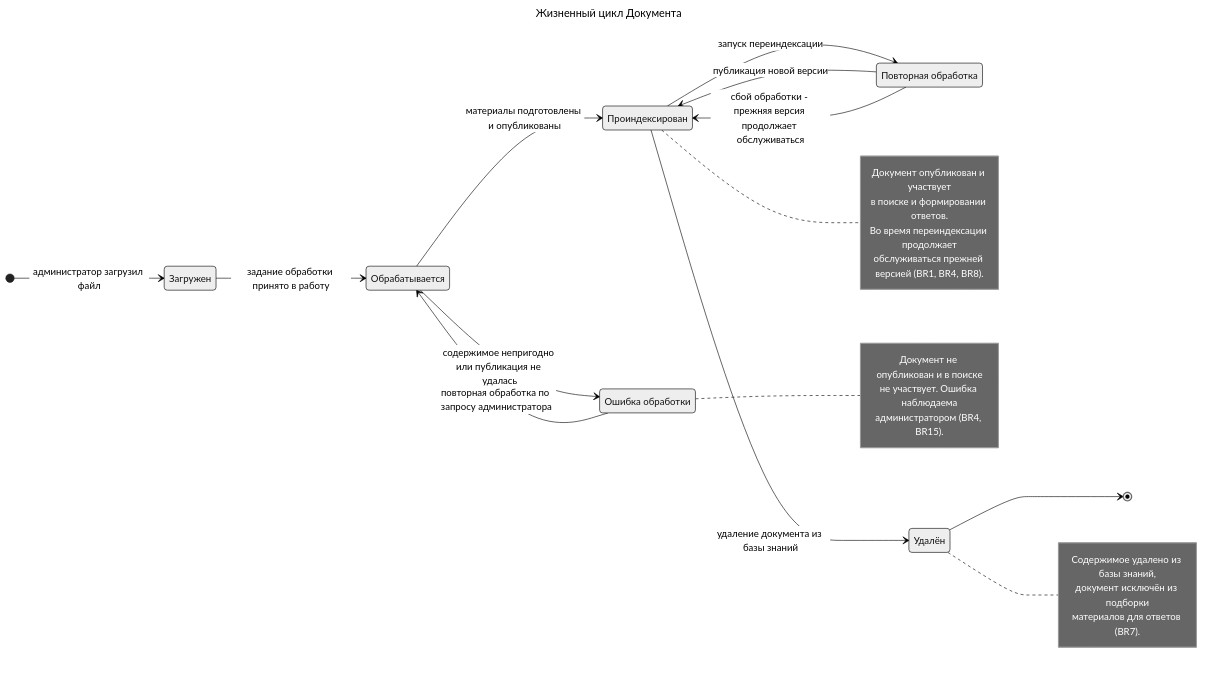
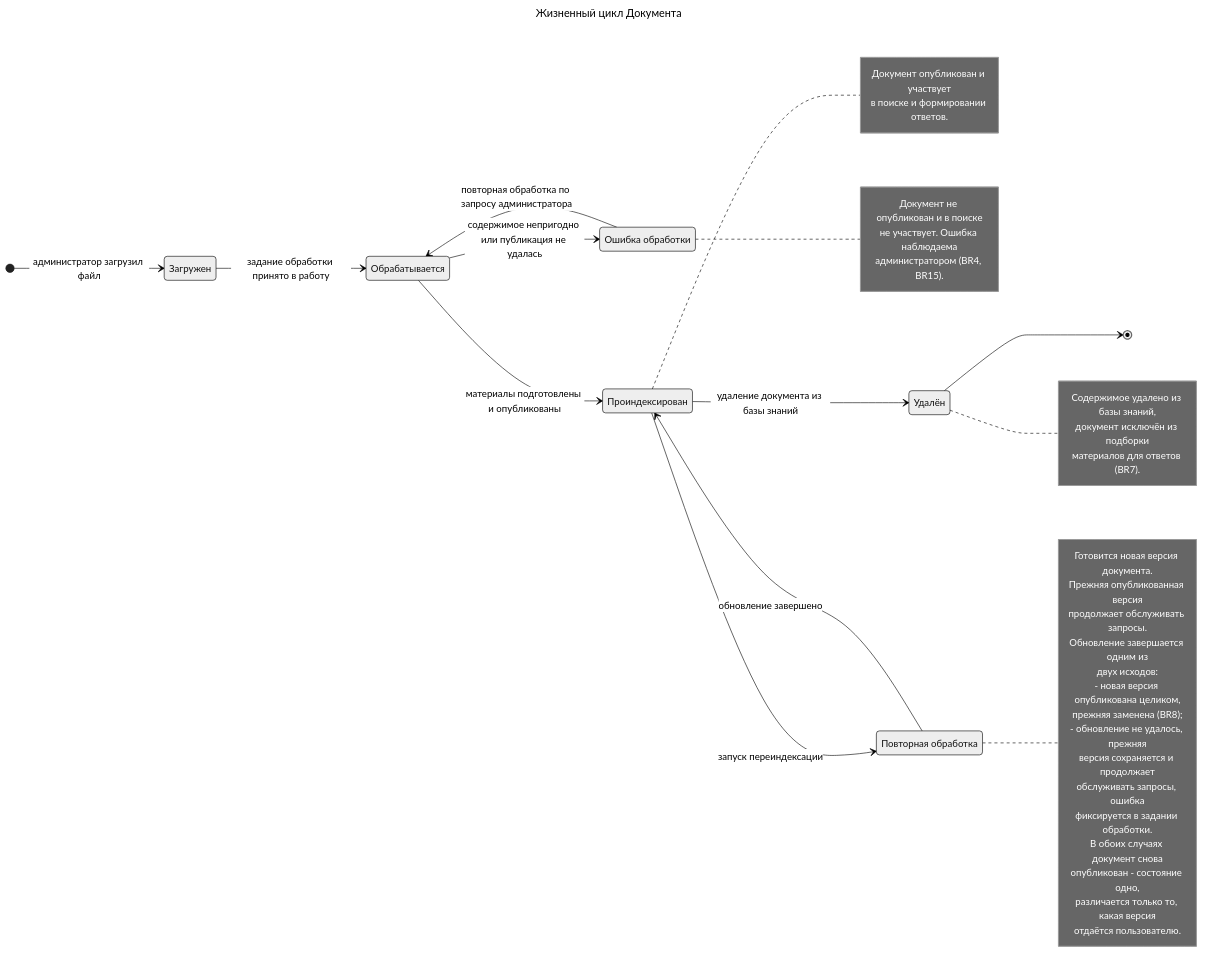
One commit to adsfryt/AI-chat-knowledge-bot changed the diagram in 2-task/7/diagrams/document-state.mmd. Above: the diagram before and after it, drawn with Mermaid (neutral theme). The commit also changed 4 other files, not shown here.

```diff
--- a/2-task/7/diagrams/document-state.mmd
+++ b/2-task/7/diagrams/document-state.mmd
@@ -1,45 +1,60 @@
 ---
 title: Жизненный цикл Документа
 ---
 stateDiagram-v2
     direction LR
 
     state "Загружен" as Uploaded
     state "Обрабатывается" as Processing
     state "Проиндексирован" as Indexed
     state "Ошибка обработки" as Failed
     state "Повторная обработка" as Reprocessing
     state "Удалён" as Deleted
 
     [*] --> Uploaded : администратор загрузил файл
     Uploaded --> Processing : задание обработки принято в работу
 
     Processing --> Indexed : материалы подготовлены и опубликованы
     Processing --> Failed : содержимое непригодно или публикация не удалась
 
     Failed --> Processing : повторная обработка по запросу администратора
     Indexed --> Reprocessing : запуск переиндексации
-    Reprocessing --> Indexed : публикация новой версии
-    Reprocessing --> Indexed : сбой обработки - прежняя версия продолжает обслуживаться
+    Reprocessing --> Indexed : обновление завершено
 
     Indexed --> Deleted : удаление документа из базы знаний
     Deleted --> [*]
 
     note right of Indexed
         Документ опубликован и участвует
         в поиске и формировании ответов.
-        Во время переиндексации продолжает
-        обслуживаться прежней версией (BR1, BR4, BR8).
+    end note
+
+    note right of Reprocessing
+        Готовится новая версия документа.
+        Прежняя опубликованная версия
+        продолжает обслуживать запросы.
+        Обновление завершается одним из
+        двух исходов:
+        - новая версия опубликована целиком,
+          прежняя заменена (BR8);
+        - обновление не удалось, прежняя
+          версия сохраняется и продолжает
+          обслуживать запросы, ошибка
+          фиксируется в задании обработки.
+        В обоих случаях документ снова
+        опубликован - состояние одно,
+        различается только то, какая версия
+        отдаётся пользователю.
     end note
 
     note right of Failed
         Документ не опубликован и в поиске
         не участвует. Ошибка наблюдаема
         администратором (BR4, BR15).
     end note
 
     note right of Deleted
         Содержимое удалено из базы знаний,
         документ исключён из подборки
         материалов для ответов (BR7).
     end note
```
